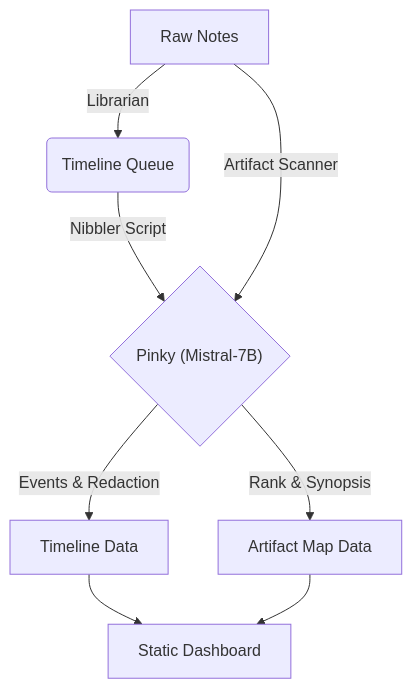
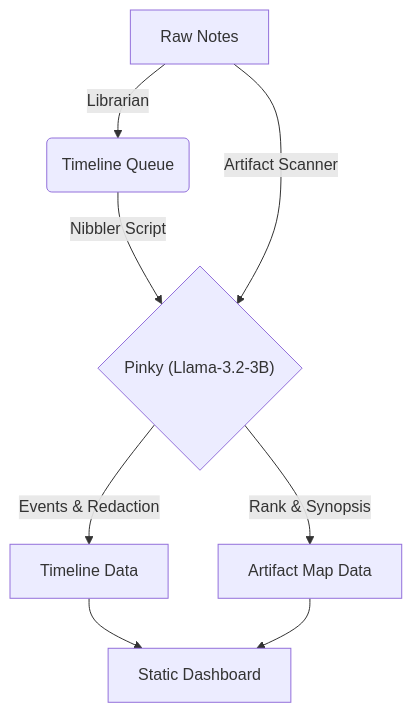
Before and after one commit to kEnder242/Portfolio_Dev: the diagram in README.md, drawn with Mermaid. The commit also changed other lines of this file and 14 other files, not shown here.

````diff
--- a/README.md
+++ b/README.md
@@ -24,9 +24,9 @@
 ```mermaid
 graph TD
     A[Raw Notes] -->|Librarian| B(Timeline Queue)
-    B -->|Nibbler Script| C{"Pinky (Mistral-7B)"}
+    B -->|Nibbler Script| C{"Pinky (Llama-3.2-3B)"}
     A -->|Artifact Scanner| C
     C -->|Events & Redaction| D[Timeline Data]
     C -->|Rank & Synopsis| E[Artifact Map Data]
     D & E --> F[Static Dashboard]
 ```
````
